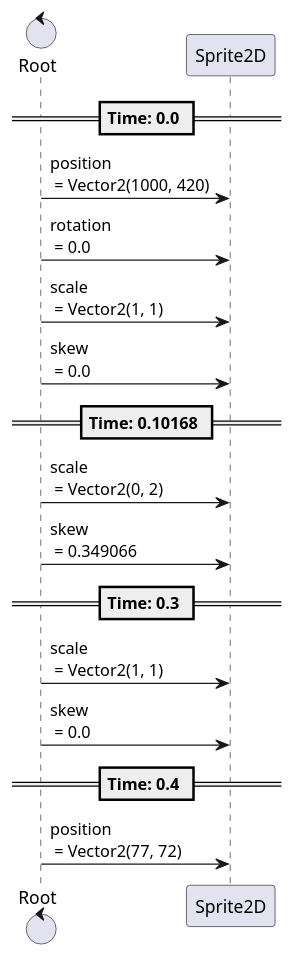
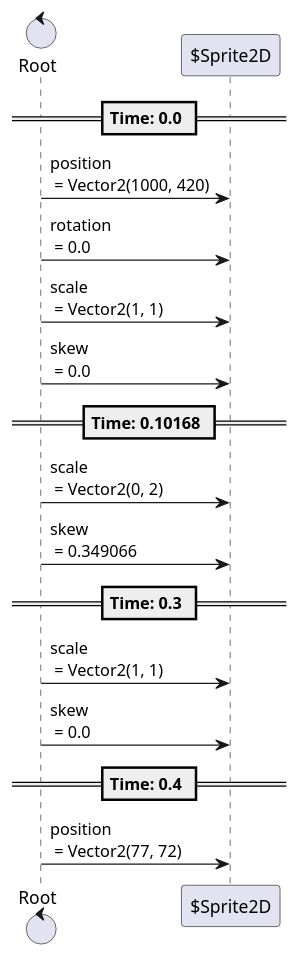
The sixth of 6 diagrams in content/scenes/src/beginning/chapters/chapter/chapter.tscn.adoc (tkmfujise/Platformer-Game-Learning), drawn with PlantUML before and after one commit. The commit also changed other lines of this file and 31 other files, not shown here.

Commit message:
Add prefix $ to node name in animation sequences

```diff
--- a/content/scenes/src/beginning/chapters/chapter/chapter.tscn.adoc
+++ b/content/scenes/src/beginning/chapters/chapter/chapter.tscn.adoc
@@ -147,23 +147,23 @@
 [plantuml]
 ....
-control "Root" as Root
-participant "Sprite2D" as T0
+control "Root" as R
+participant "$Sprite2D" as T0
 
 
 
 == Time: 0.0 ==
-Root  ->  T0 : position\n = Vector2(1000, 420)
-Root  ->  T0 : rotation\n = 0.0
-Root  ->  T0 : scale\n = Vector2(1, 1)
-Root  ->  T0 : skew\n = 0.0
+R  ->  T0 : position\n = Vector2(1000, 420)
+R  ->  T0 : rotation\n = 0.0
+R  ->  T0 : scale\n = Vector2(1, 1)
+R  ->  T0 : skew\n = 0.0
 == Time: 0.10168 ==
-Root  ->  T0 : scale\n = Vector2(0, 2)
-Root  ->  T0 : skew\n = 0.349066
+R  ->  T0 : scale\n = Vector2(0, 2)
+R  ->  T0 : skew\n = 0.349066
 == Time: 0.3 ==
-Root  ->  T0 : scale\n = Vector2(1, 1)
-Root  ->  T0 : skew\n = 0.0
+R  ->  T0 : scale\n = Vector2(1, 1)
+R  ->  T0 : skew\n = 0.0
 == Time: 0.4 ==
-Root  ->  T0 : position\n = Vector2(77, 72)
+R  ->  T0 : position\n = Vector2(77, 72)
 
 
 ....
```
